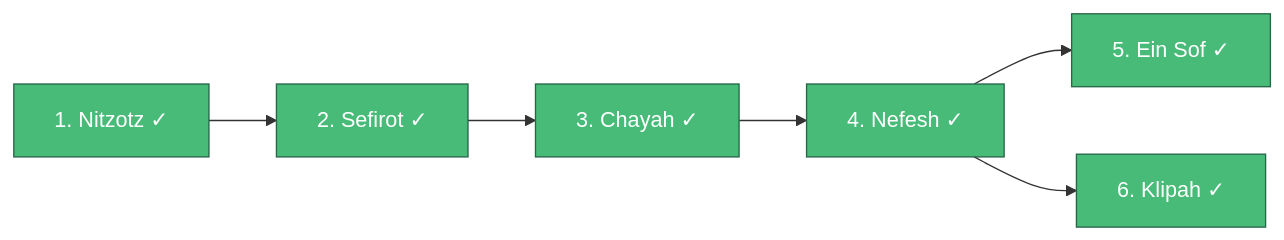
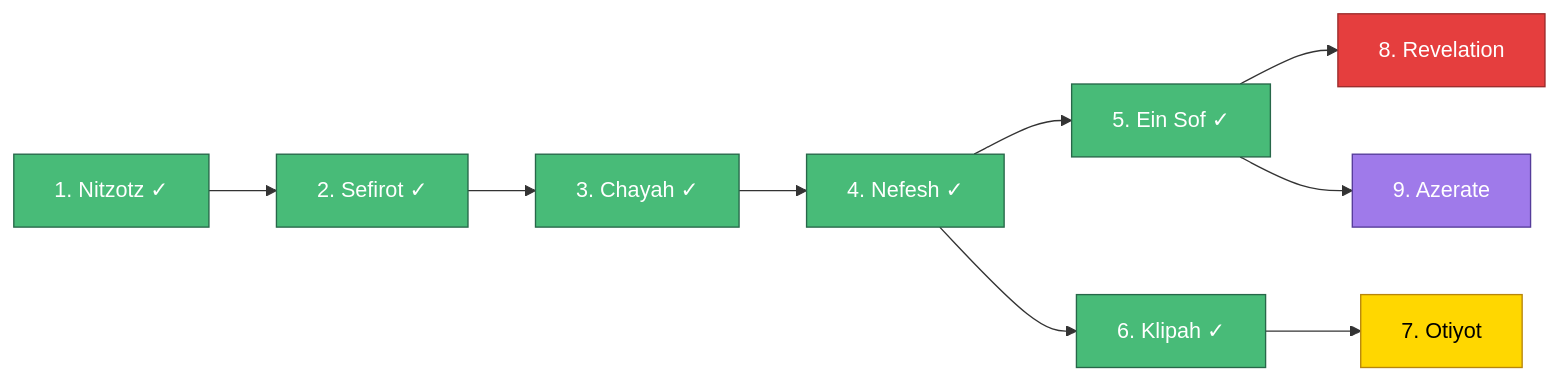
Before and after one commit to fsocietydisobey/genesis: the diagram in tasks/BUILD-ORDER.md, drawn with Mermaid. The commit also changed other lines of this file and 2 other files, not shown here.

First line of the commit message:
update BUILD-ORDER, CLAUDE.md, genesis-story with Otiyot, Revelation, Azerate

````diff
--- a/tasks/BUILD-ORDER.md
+++ b/tasks/BUILD-ORDER.md
@@ -13,15 +13,21 @@
 ```mermaid
 flowchart LR
     A["1. Nitzotz ✓"] --> S["2. Sefirot ✓"]
     S --> O["3. Chayah ✓"]
     O --> L["4. Nefesh ✓"]
     L --> M["5. Ein Sof ✓"]
     L --> F["6. Klipah ✓"]
+    F --> OT["7. Otiyot"]
+    M --> REV["8. Revelation"]
+    M --> AZ["9. Azerate"]
 
     style A fill:#48bb78,stroke:#276749,color:#fff
     style S fill:#48bb78,stroke:#276749,color:#fff
     style O fill:#48bb78,stroke:#276749,color:#fff
     style L fill:#48bb78,stroke:#276749,color:#fff
     style M fill:#48bb78,stroke:#276749,color:#fff
     style F fill:#48bb78,stroke:#276749,color:#fff
+    style OT fill:#ffd700,stroke:#b8860b,color:#000
+    style REV fill:#e53e3e,stroke:#9b2c2c,color:#fff
+    style AZ fill:#9f7aea,stroke:#553c9a,color:#fff
 ```
````
